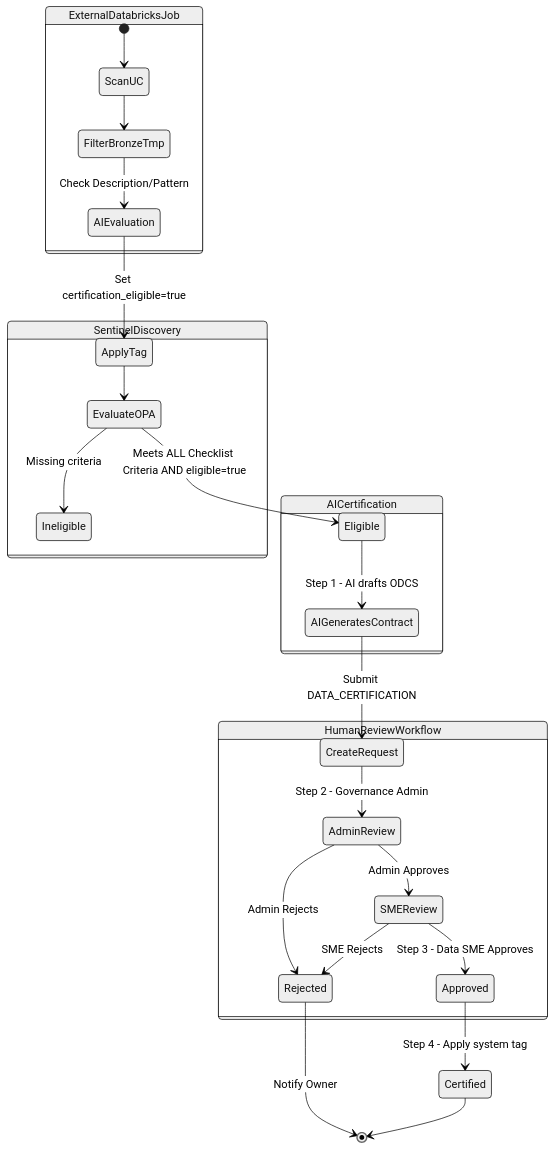
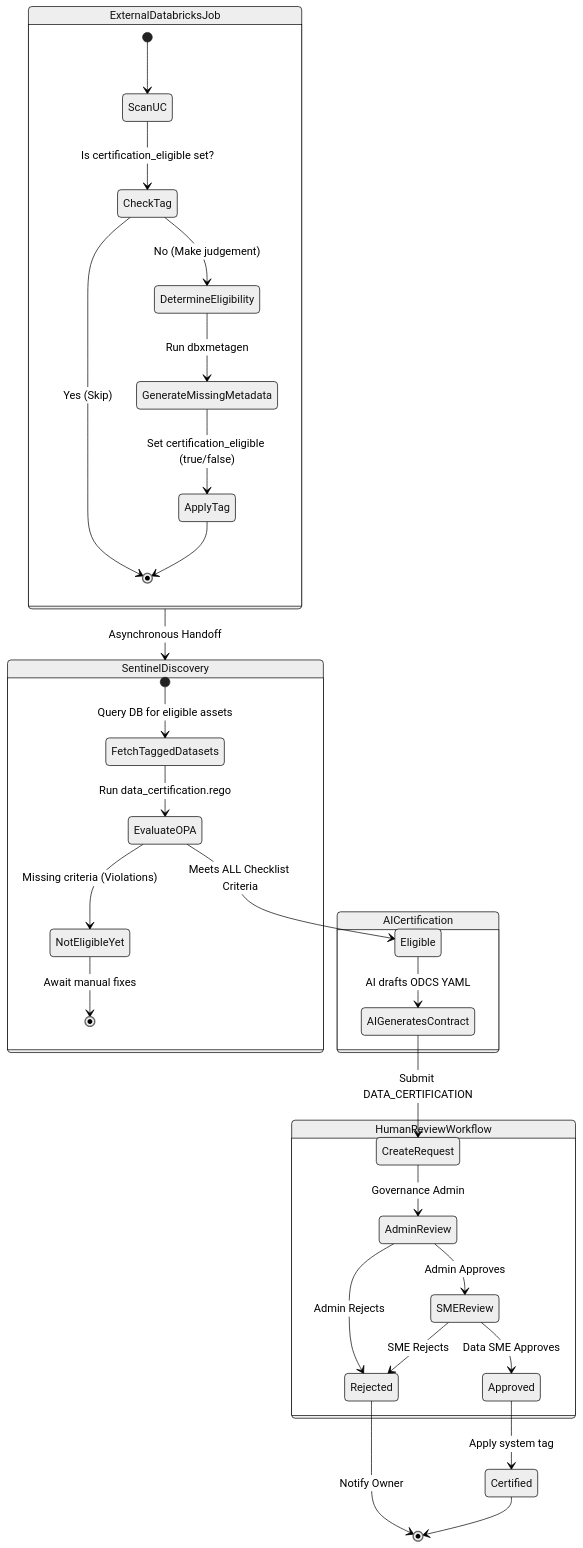
One commit to TaylorAHanson/ssc changed the diagram in docs/GOVERNANCE.md. Above: the diagram before and after it, drawn with Mermaid (neutral theme). The commit also changed other lines of this file and 9 other files, not shown here.

````diff
--- a/docs/GOVERNANCE.md
+++ b/docs/GOVERNANCE.md
@@ -74,33 +75,39 @@
 ```mermaid
 stateDiagram-v2
     state ExternalDatabricksJob {
         [*] --> ScanUC
-        ScanUC --> FilterBronzeTmp
-        FilterBronzeTmp --> AIEvaluation : Check Description/Pattern
-        AIEvaluation --> ApplyTag : Set certification_eligible=true
+        ScanUC --> CheckTag : Is certification_eligible set?
+        CheckTag --> [*] : Yes (Skip)
+        CheckTag --> DetermineEligibility : No (Make judgement)
+        DetermineEligibility --> GenerateMissingMetadata : Run dbxmetagen
+        GenerateMissingMetadata --> ApplyTag : Set certification_eligible (true/false)
+        ApplyTag --> [*]
     }
 
     state SentinelDiscovery {
-        ApplyTag --> EvaluateOPA
-        EvaluateOPA --> Eligible : Meets ALL Checklist Criteria AND eligible=true
-        EvaluateOPA --> Ineligible : Missing criteria
+        [*] --> FetchTaggedDatasets : Query DB for eligible assets
+        FetchTaggedDatasets --> EvaluateOPA : Run data_certification.rego
+        EvaluateOPA --> Eligible : Meets ALL Checklist Criteria
+        EvaluateOPA --> NotEligibleYet : Missing criteria (Violations)
+        NotEligibleYet --> [*] : Await manual fixes
     }
     
     state AICertification {
-        Eligible --> AIGeneratesContract : Step 1 - AI drafts ODCS
+        Eligible --> AIGeneratesContract : AI drafts ODCS YAML
         AIGeneratesContract --> CreateRequest : Submit DATA_CERTIFICATION
     }
 
     state HumanReviewWorkflow {
-        CreateRequest --> AdminReview : Step 2 - Governance Admin
+        CreateRequest --> AdminReview : Governance Admin
         AdminReview --> SMEReview : Admin Approves
         AdminReview --> Rejected : Admin Rejects
         
-        SMEReview --> Approved : Step 3 - Data SME Approves
+        SMEReview --> Approved : Data SME Approves
         SMEReview --> Rejected : SME Rejects
     }
     
-    Approved --> Certified : Step 4 - Apply system tag
+    ExternalDatabricksJob --> SentinelDiscovery : Asynchronous Handoff
+    Approved --> Certified : Apply system tag
     Rejected --> [*] : Notify Owner
     Certified --> [*]
 ```
````
